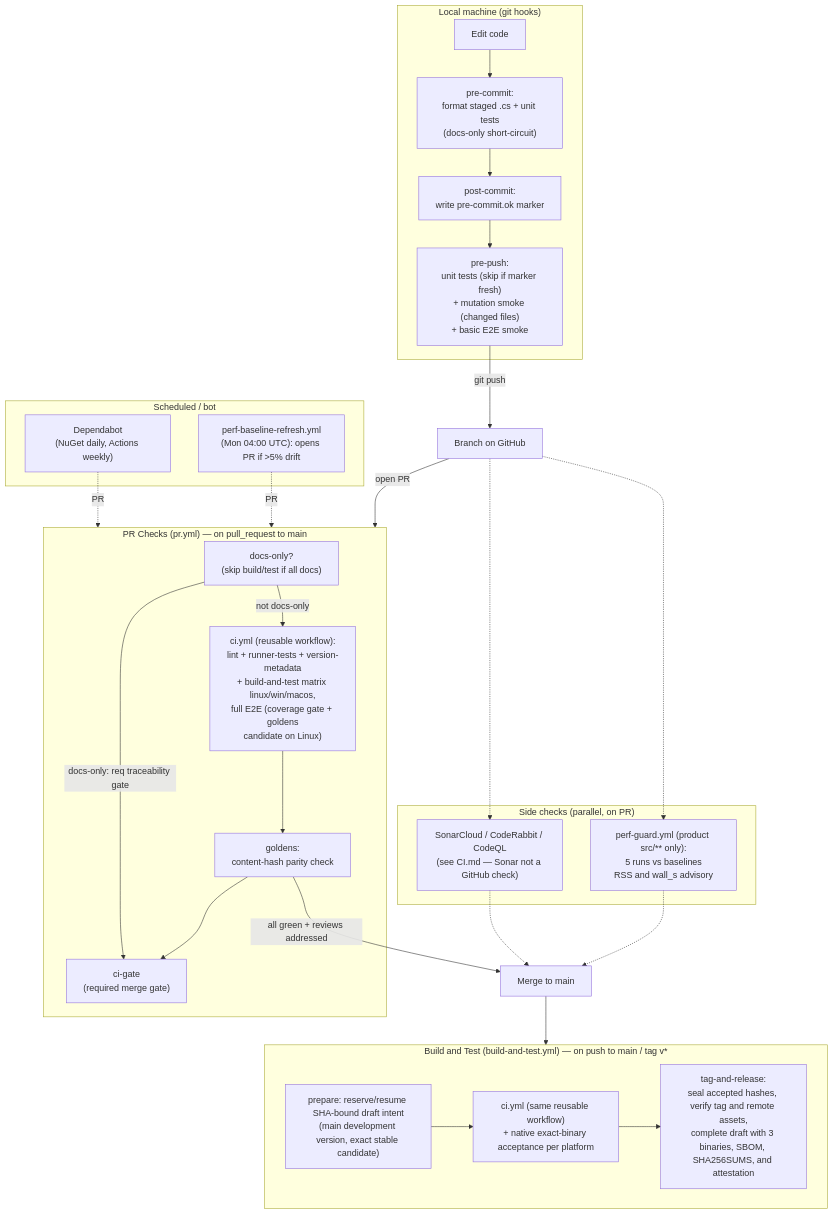
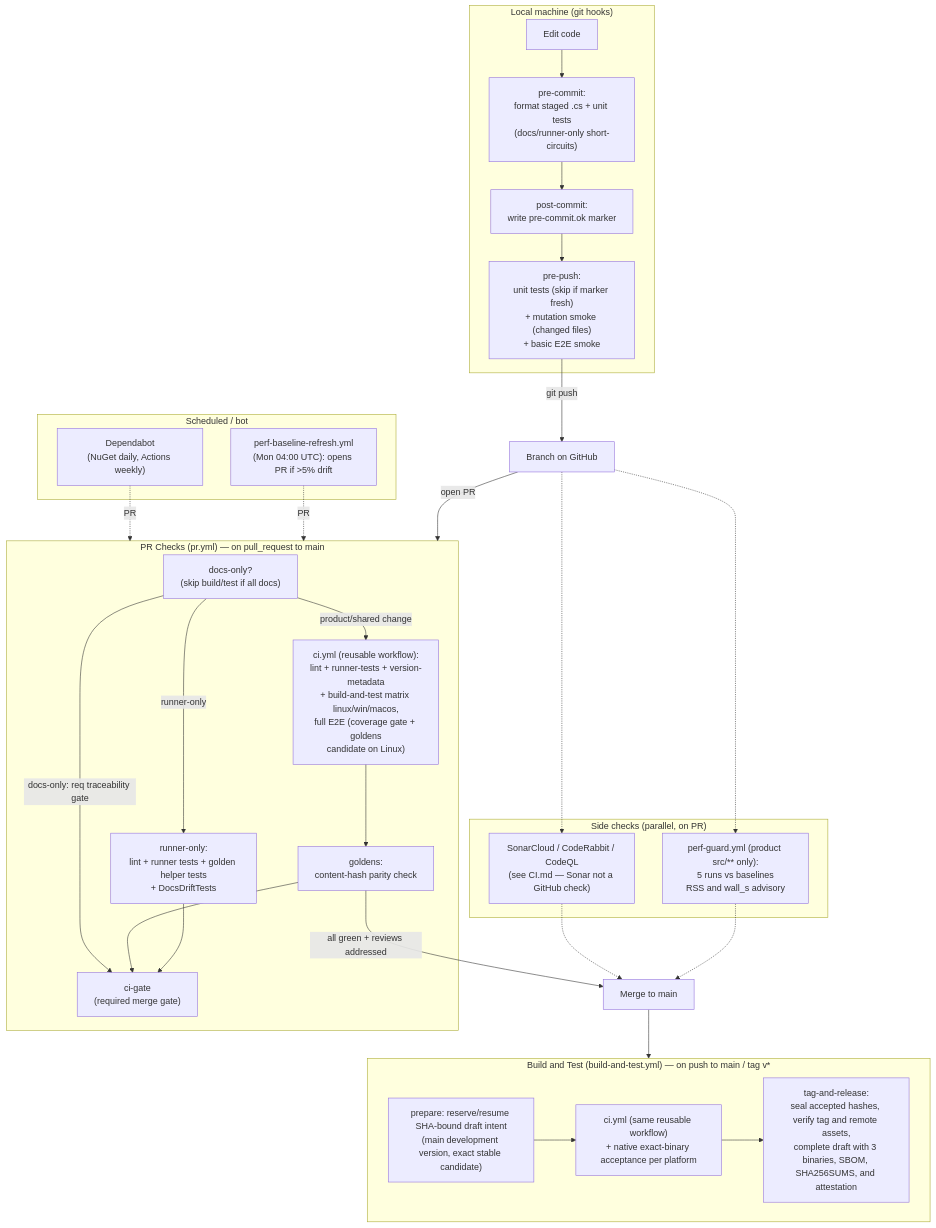
The diagram in docs/cicd.md (dwojtaszek/zipper), drawn with Mermaid before and after one commit. The commit also changed other lines of this file and 28 other files, not shown here.

````diff
--- a/docs/cicd.md
+++ b/docs/cicd.md
@@ -9,49 +9,51 @@
 ```mermaid
 flowchart TD
     subgraph local["Local machine (git hooks)"]
         edit["Edit code"]
-        precommit["pre-commit:<br/>format staged .cs + unit tests<br/>(docs-only short-circuit)"]
+        precommit["pre-commit:<br/>format staged .cs + unit tests<br/>(docs/runner-only short-circuits)"]
         postcommit["post-commit:<br/>write pre-commit.ok marker"]
         prepush["pre-push:<br/>unit tests (skip if marker fresh)<br/>+ mutation smoke (changed files)<br/>+ basic E2E smoke"]
         edit --> precommit --> postcommit --> prepush
     end
 
     prepush -->|git push| remote["Branch on GitHub"]
     remote -->|open PR| prpipe
 
     subgraph prpipe["PR Checks (pr.yml) — on pull_request to main"]
         docsonly["docs-only?<br/>(skip build/test if all docs)"]
         shared["ci.yml (reusable workflow):<br/>lint + runner-tests + version-metadata<br/>+ build-and-test matrix linux/win/macos,<br/>full E2E (coverage gate + goldens<br/>candidate on Linux)"]
         gold["goldens:<br/>content-hash parity check"]
         gate["ci-gate<br/>(required merge gate)"]
-        docsonly -->|not docs-only| shared --> gold --> gate
+        runneronly["runner-only:<br/>lint + runner tests + golden helper tests<br/>+ DocsDriftTests"]
+        docsonly -->|runner-only| runneronly --> gate
+        docsonly -->|product/shared change| shared --> gold --> gate
         docsonly -->|docs-only: req traceability gate| gate
     end
 
     subgraph side["Side checks (parallel, on PR)"]
         perf["perf-guard.yml (product src/** only):<br/>5 runs vs baselines<br/>RSS and wall_s advisory"]
         sonar["SonarCloud / CodeRabbit / CodeQL<br/>(see CI.md — Sonar not a GitHub check)"]
     end
     remote -.-> perf
     remote -.-> sonar
 
     gold -->|all green + reviews addressed| merge["Merge to main"]
     perf -.-> merge
     sonar -.-> merge
 
     merge --> btmain
 
     subgraph btmain["Build and Test (build-and-test.yml) — on push to main / tag v*"]
         prep["prepare: reserve/resume SHA-bound draft intent<br/>(main development version, exact stable candidate)"]
         sharedmain["ci.yml (same reusable workflow)<br/>+ native exact-binary acceptance per platform"]
         rel["tag-and-release:<br/>seal accepted hashes, verify tag and remote assets,<br/>complete draft with 3 binaries, SBOM, SHA256SUMS, and attestation"]
         prep --> sharedmain --> rel
     end
 
     subgraph sched["Scheduled / bot"]
         baseline["perf-baseline-refresh.yml<br/>(Mon 04:00 UTC): opens PR if >5% drift"]
         dependabot["Dependabot<br/>(NuGet daily, Actions weekly)"]
     end
     baseline -.->|PR| prpipe
     dependabot -.->|PR| prpipe
 ```
````
